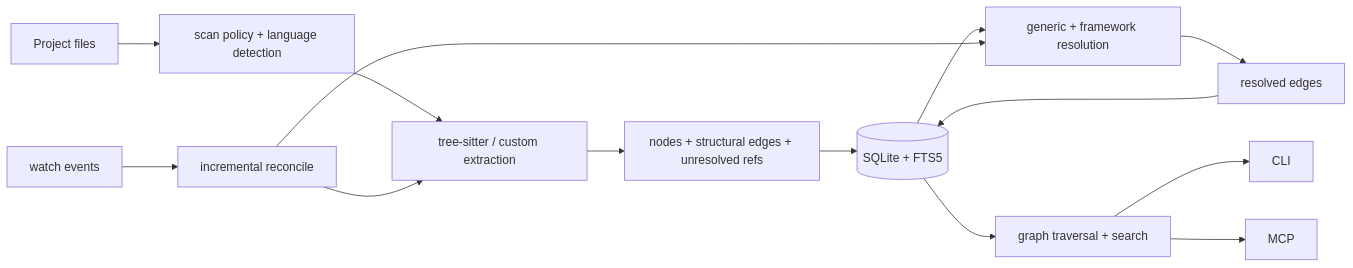
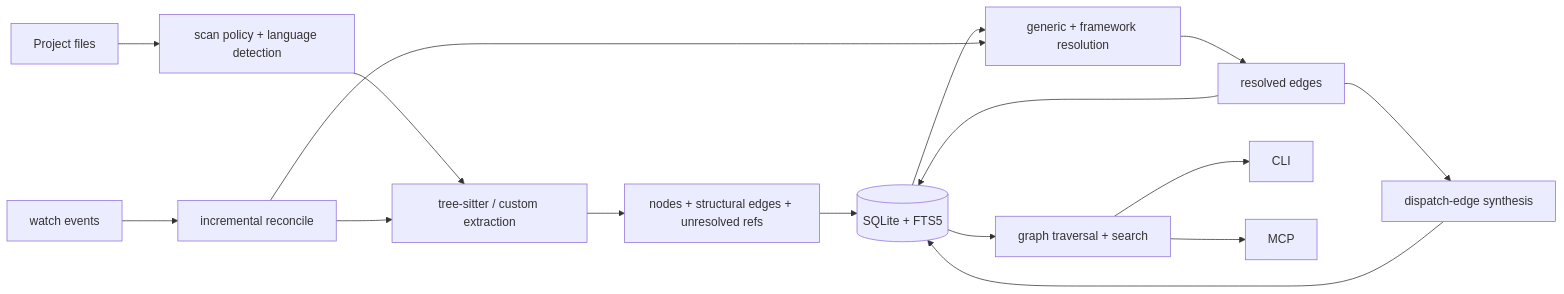
The second of 2 diagrams in docs/architecture.md (sunerpy/codegraph-rust), drawn with Mermaid before and after one commit. The commit also changed other lines of this file and 18 other files, not shown here.

````diff
--- a/docs/architecture.md
+++ b/docs/architecture.md
@@ -85,16 +85,18 @@
 ```mermaid
 graph LR
     source[Project files] --> scan[scan policy + language detection]
     scan --> extract[tree-sitter / custom extraction]
     extract --> facts[nodes + structural edges + unresolved refs]
     facts --> store[(SQLite + FTS5)]
     store --> resolve[generic + framework resolution]
     resolve --> edges[resolved edges]
     edges --> store
+    edges --> synth[dispatch-edge synthesis]
+    synth --> store
     store --> query[graph traversal + search]
     query --> cli[CLI]
     query --> mcp[MCP]
     watcher[watch events] --> reconcile[incremental reconcile]
     reconcile --> extract
     reconcile --> resolve
 ```
````
